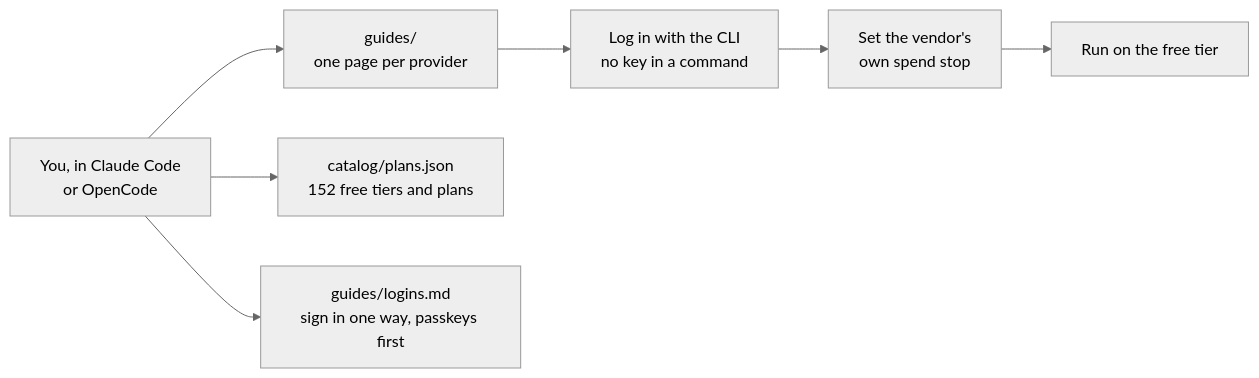
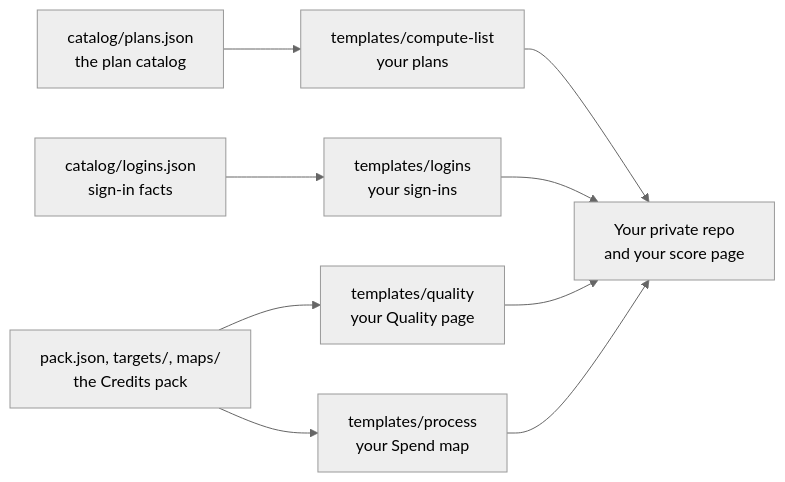
Before and after one commit to SoulCraft-Org/compute-crafter: the diagram in README.md, drawn with Mermaid (neutral theme). The commit also changed other lines of this file and 21 other files, not shown here.

First line of the commit message:
Starters: quality, process, compute list; logins polish; visual README (#42)

````diff
--- a/README.md
+++ b/README.md
@@ -5,9 +11,11 @@
 ```mermaid
 flowchart LR
-  Y[You, in Claude Code<br/>or OpenCode] --> G[guides/<br/>one page per provider]
-  Y --> C[catalog/plans.json<br/>152 free tiers and plans]
-  G --> L[Log in with the CLI<br/>no key in a command]
-  L --> S[Set the vendor's<br/>own spend stop]
-  S --> R[Run on the free tier]
-  Y --> A[guides/logins.md<br/>sign in one way, passkeys first]
+  P[catalog/plans.json<br/>the plan catalog] --> L[templates/compute-list<br/>your plans]
+  G[catalog/logins.json<br/>sign-in facts] --> N[templates/logins<br/>your sign-ins]
+  K[pack.json, targets/, maps/<br/>the Credits pack] --> Q[templates/quality<br/>your Quality page]
+  K --> R[templates/process<br/>your Spend map]
+  L --> Y[Your private repo<br/>and your score page]
+  N --> Y
+  Q --> Y
+  R --> Y
 ```
````
